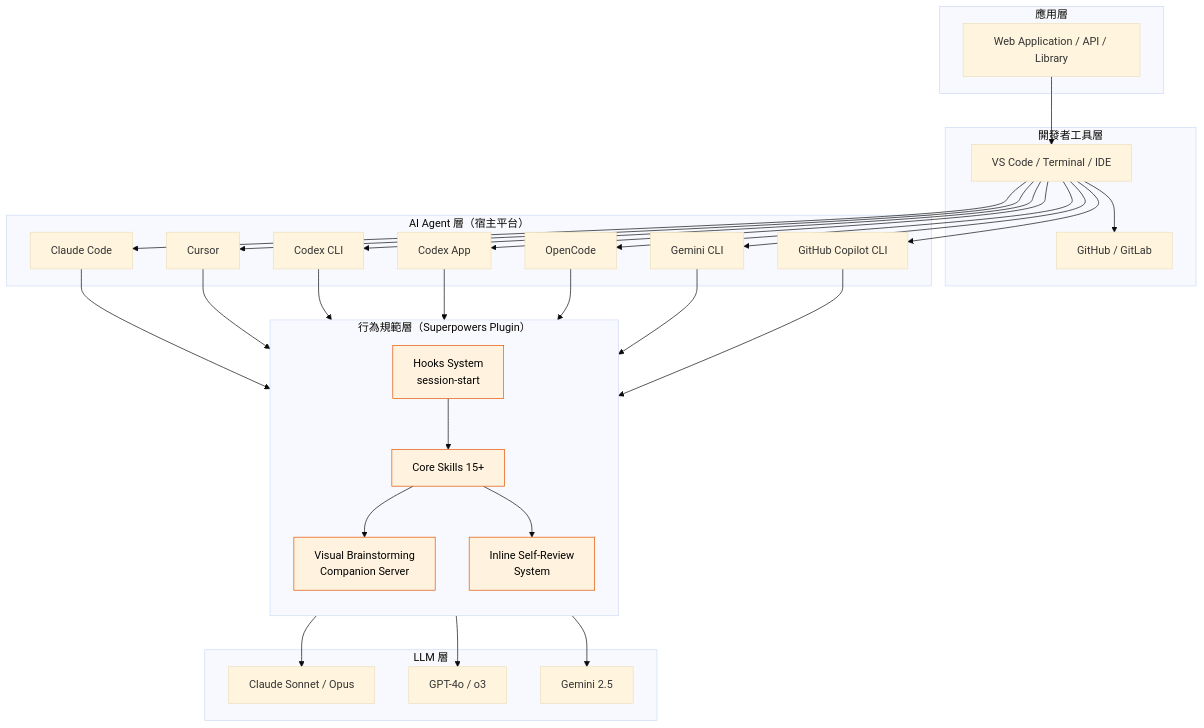
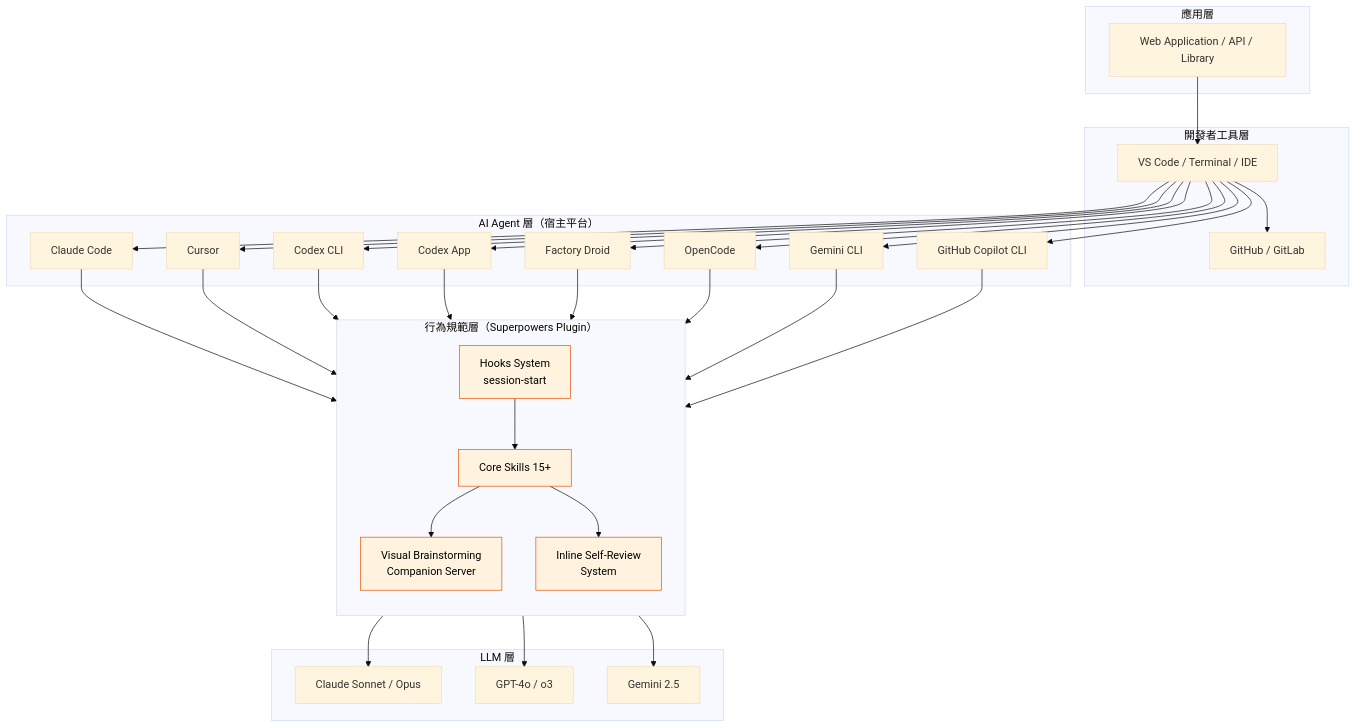
The fourth of 43 diagrams in content/posts/教學/AI開發/Superpowers教學手冊.md (chihhung/Blog), drawn with Mermaid (base theme) before and after one commit. The commit also changed other lines of this file and 12 other files, not shown here.

````diff
--- a/content/posts/教學/AI開發/Superpowers教學手冊.md
+++ b/content/posts/教學/AI開發/Superpowers教學手冊.md
@@ -311,48 +321,49 @@
 ```mermaid
 graph TB
     subgraph "應用層"
         APP[Web Application / API / Library]
     end
     
     subgraph "開發者工具層"
         IDE[VS Code / Terminal / IDE]
         GIT[GitHub / GitLab]
     end
     
     subgraph "AI Agent 層（宿主平台）"
         CC[Claude Code]
         CU[Cursor]
         CDX[Codex CLI]
         CDXA[Codex App]
+        FD[Factory Droid]
         OC[OpenCode]
         GC[Gemini CLI]
         GCLI[GitHub Copilot CLI]
     end
     
     subgraph "行為規範層（Superpowers Plugin）"
         direction TB
         SP_HOOK[Hooks System<br/>session-start]
         SP_CORE[Core Skills 15+]
         SP_VIS[Visual Brainstorming<br/>Companion Server]
         SP_DOC[Inline Self-Review<br/>System]
     end
     
     subgraph "LLM 層"
         CLAUDE[Claude Sonnet / Opus]
         GPT[GPT-4o / o3]
         GEM[Gemini 2.5]
     end
     
     APP --> IDE
-    IDE --> CC & CU & CDX & CDXA & OC & GC & GCLI
-    CC & CU & CDX & CDXA & OC & GC & GCLI --> SP_HOOK
+    IDE --> CC & CU & CDX & CDXA & FD & OC & GC & GCLI
+    CC & CU & CDX & CDXA & FD & OC & GC & GCLI --> SP_HOOK
     SP_HOOK --> SP_CORE
     SP_CORE --> SP_VIS & SP_DOC
     SP_CORE --> CLAUDE & GPT & GEM
     IDE --> GIT
     
     style SP_HOOK fill:#fff3e0,stroke:#e65100,color:#000
     style SP_CORE fill:#fff3e0,stroke:#e65100,color:#000
     style SP_VIS fill:#fff3e0,stroke:#e65100,color:#000
     style SP_DOC fill:#fff3e0,stroke:#e65100,color:#000
 ```
````
